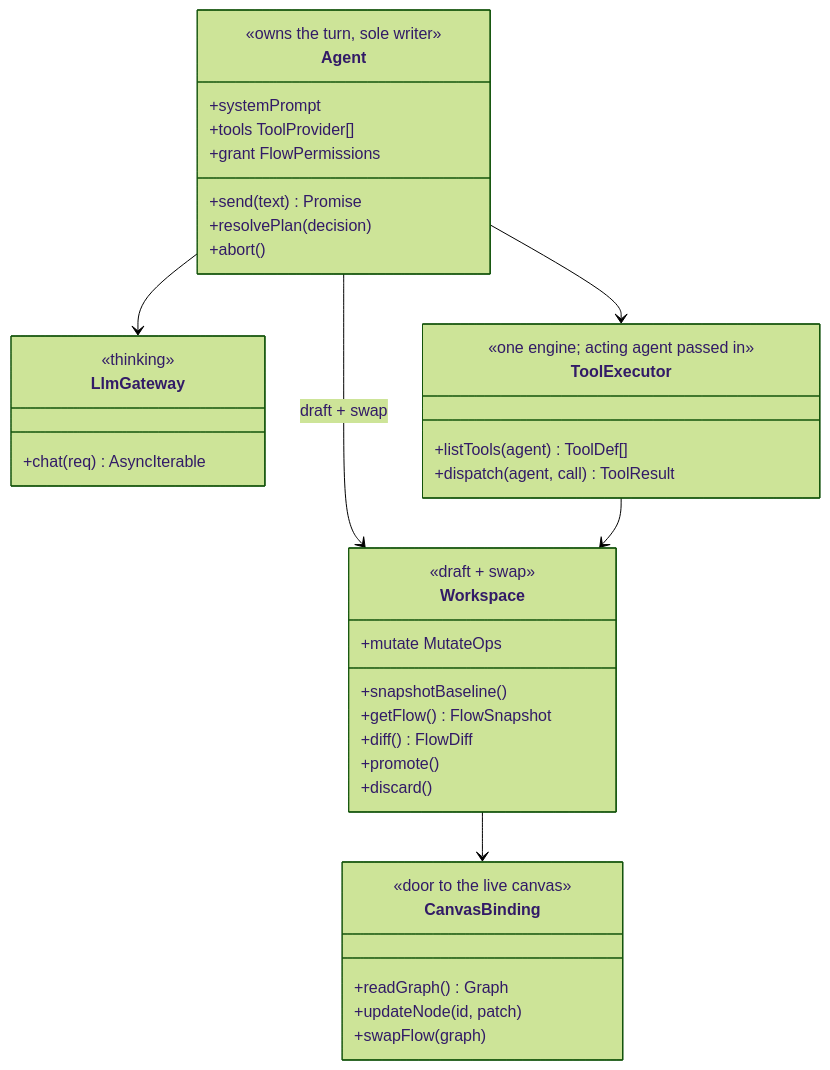
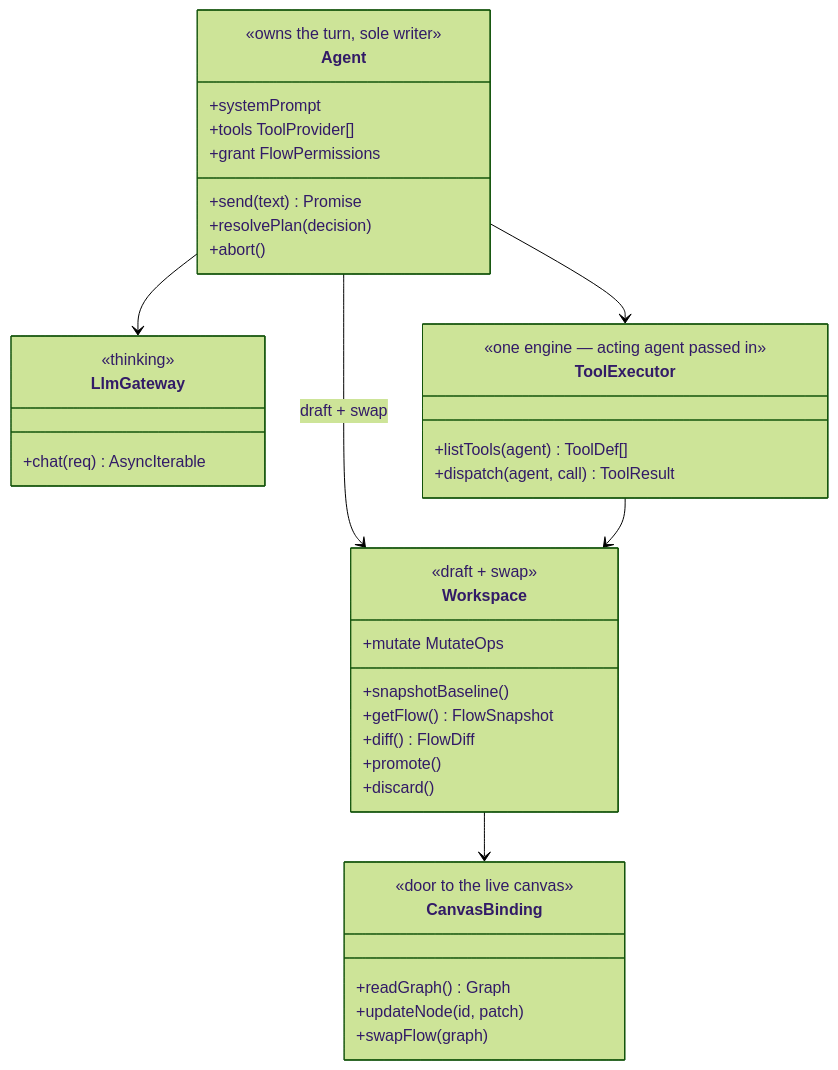
Before and after one commit to lemoncloud-io/eureka-flow: the second of 5 diagrams in docs/specs/0001-agent-chat/README.md, drawn with Mermaid (forest theme). The commit also changed other lines of this file and 1 other file, not shown here.

Commit message:
docs(agent): trim locator IMPLEMENTATION, add at-a-glance diagram
Add an "At a glance" flowchart of the app/lib seams to the locator spec
and cut the now-redundant prose sections; tidy em-dashes in the
agent-chat class/sequence diagrams.

````diff
--- a/docs/specs/0001-agent-chat/README.md
+++ b/docs/specs/0001-agent-chat/README.md
@@ -70,42 +70,42 @@
 ```mermaid
 classDiagram
     class Agent {
         <<owns the turn, sole writer>>
         +send(text) Promise
         +resolvePlan(decision)
         +abort()
         %% configured with:
         +systemPrompt
         +tools ToolProvider[]
         +grant FlowPermissions
     }
     class LlmGateway {
         <<thinking>>
         +chat(req) AsyncIterable
     }
     class ToolExecutor {
-        <<one engine; acting agent passed in>>
+        <<one engine — acting agent passed in>>
         +listTools(agent) ToolDef[]
         +dispatch(agent, call) ToolResult
     }
     class Workspace {
         <<draft + swap>>
         +snapshotBaseline()
         +getFlow() FlowSnapshot
         +mutate MutateOps
         +diff() FlowDiff
         +promote()
         +discard()
     }
     class CanvasBinding {
         <<door to the live canvas>>
         +readGraph() Graph
         +updateNode(id, patch)
         +swapFlow(graph)
     }
     Agent --> LlmGateway
     Agent --> ToolExecutor
     Agent --> Workspace : draft + swap
     ToolExecutor --> Workspace
     Workspace --> CanvasBinding
 ```
````
